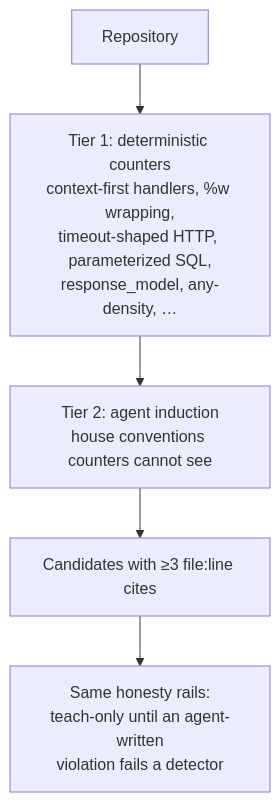
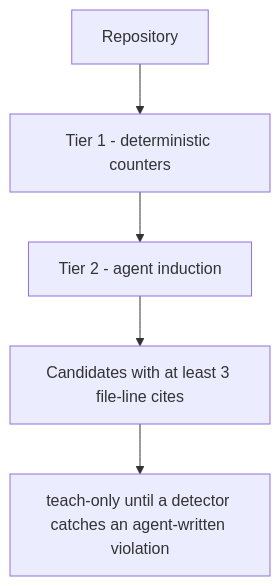
The fifth of 5 diagrams in README.md (Amaresh/deslop), drawn with Mermaid before and after one commit. The commit also changed other lines of this file, not shown here.

First line of the commit message:
docs: make README mermaid parse on GitHub

````diff
--- a/README.md
+++ b/README.md
@@ -178,7 +177,7 @@
 ```mermaid
 flowchart TD
-  R[Repository] --> T1["Tier 1: deterministic counters<br/>context-first handlers, %w wrapping,<br/>timeout-shaped HTTP, parameterized SQL,<br/>response_model, any-density, …"]
-  T1 --> T2["Tier 2: agent induction<br/>house conventions counters cannot see"]
-  T2 --> C["Candidates with ≥3 file:line cites"]
-  C --> H["Same honesty rails:<br/>teach-only until an agent-written<br/>violation fails a detector"]
+  R["Repository"] --> T1["Tier 1 - deterministic counters"]
+  T1 --> T2["Tier 2 - agent induction"]
+  T2 --> C["Candidates with at least 3 file-line cites"]
+  C --> H["teach-only until a detector catches an agent-written violation"]
 ```
````
